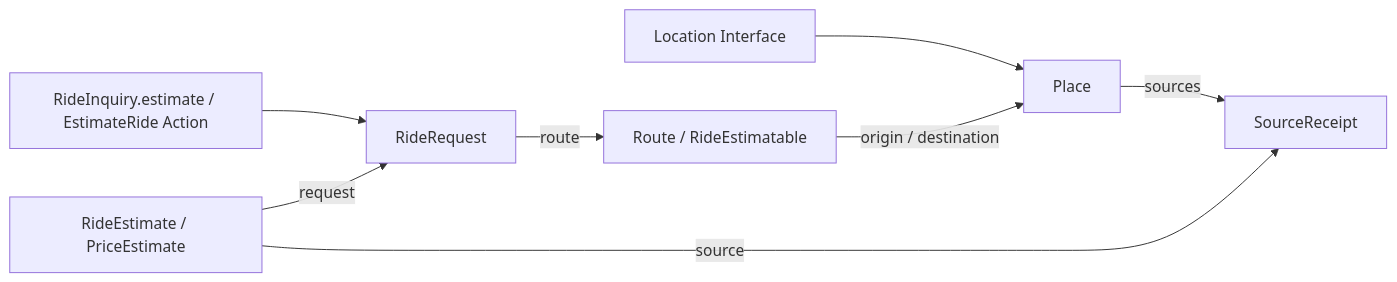
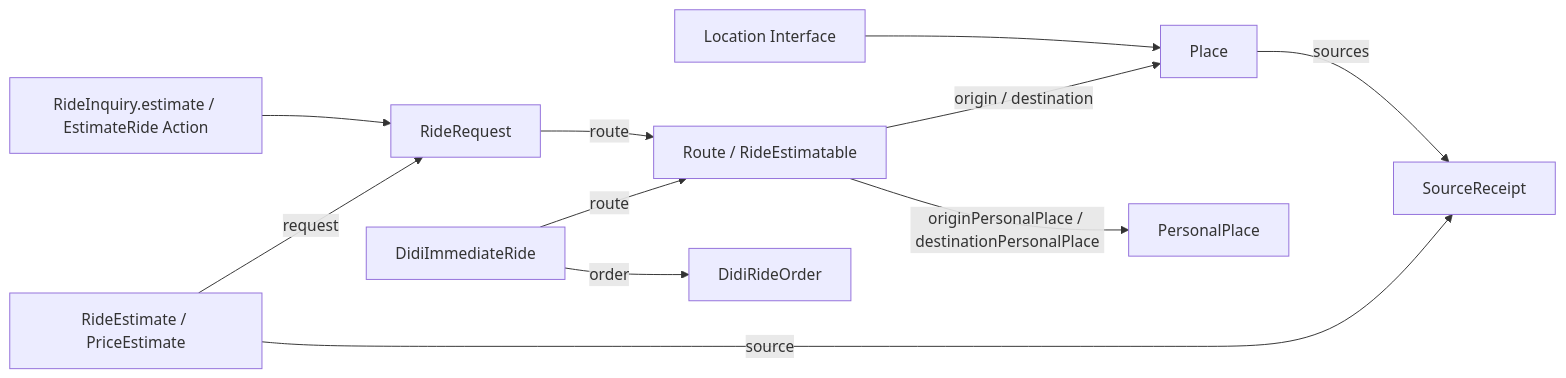
One commit to proerror77/eigos changed the second of 2 diagrams in docs/architecture/ontology.md. Above: the diagram before and after it, drawn with Mermaid. The commit also changed other lines of this file and 12 other files, not shown here.

Commit message:
Bind DiDi ride endpoints to confirmed personal places and routes

````diff
--- a/docs/architecture/ontology.md
+++ b/docs/architecture/ontology.md
@@ -90,10 +90,13 @@
 ```mermaid
 flowchart LR
     Location[Location Interface] --> Place[Place]
     Route[Route / RideEstimatable] -->|origin / destination| Place
     Decision[RideInquiry.estimate / EstimateRide Action] --> Request[RideRequest]
     Request -->|route| Route
+    ImmediateRide[DidiImmediateRide] -->|route| Route
+    ImmediateRide -->|order| Order[DidiRideOrder]
+    Route -->|originPersonalPlace / destinationPersonalPlace| PersonalPlace[PersonalPlace]
     Estimate[RideEstimate / PriceEstimate] -->|request| Request
     Estimate -->|source| Receipt[SourceReceipt]
     Place -->|sources| Receipt
 ```
````
